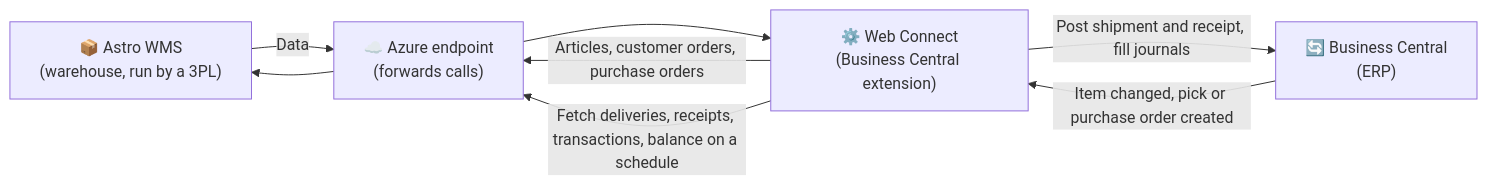
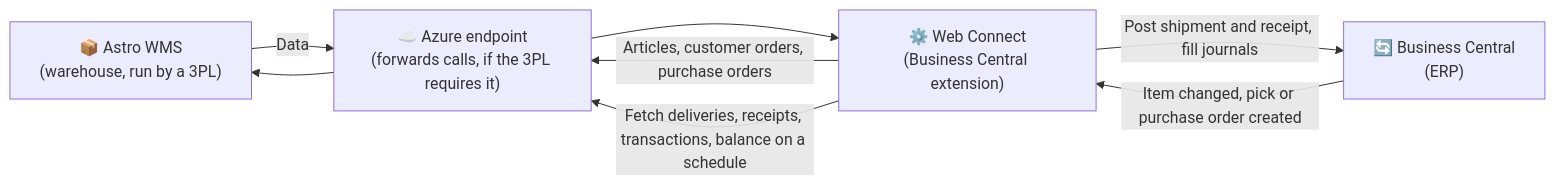
The first of 6 diagrams in docs/products/web-connect/integrations/astro/overview.md (Combine-IT-ab/docs-general), drawn with Mermaid before and after one commit. The commit also changed other lines of this file and 7 other files, not shown here.

````diff
--- a/docs/products/web-connect/integrations/astro/overview.md
+++ b/docs/products/web-connect/integrations/astro/overview.md
@@ -69,15 +69,15 @@
 ```mermaid
 graph LR
     A["📦 Astro WMS<br/>(warehouse, run by a 3PL)"]
-    P["☁️ Azure endpoint<br/>(forwards calls)"]
+    P["☁️ Azure endpoint<br/>(forwards calls, if the 3PL requires it)"]
     B["⚙️ Web Connect<br/>(Business Central extension)"]
     C["🔄 Business Central<br/>(ERP)"]
 
     C -->|Item changed, pick or purchase order created| B
     B -->|Articles, customer orders, purchase orders| P
     P --> A
     B -->|Fetch deliveries, receipts, transactions, balance on a schedule| P
     A -->|Data| P
     P --> B
     B -->|Post shipment and receipt, fill journals| C
 ```
````
